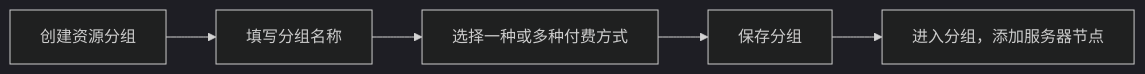
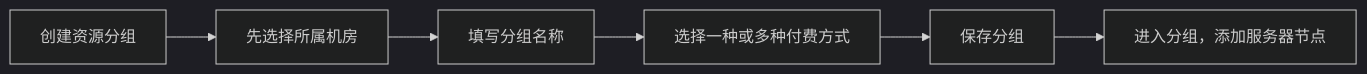
The first of 3 diagrams in public/prototypes/运营端/GPU资源分组-流程图.md (ks00171017-sk/onelinkai-console-preview), drawn with Mermaid (dark theme) before and after one commit. The commit also changed other lines of this file and 1 other file, not shown here.

````diff
--- a/public/prototypes/运营端/GPU资源分组-流程图.md
+++ b/public/prototypes/运营端/GPU资源分组-流程图.md
@@ -18,7 +25,8 @@
 ```mermaid
 flowchart LR
-  createGroup["创建资源分组"] --> setName["填写分组名称"]
+  createGroup["创建资源分组"] --> selectRoom["先选择所属机房"]
+  selectRoom --> setName["填写分组名称"]
   setName --> selectBilling["选择一种或多种付费方式"]
   selectBilling --> saveGroup["保存分组"]
   saveGroup --> addNodes["进入分组，添加服务器节点"]
 ```
````
